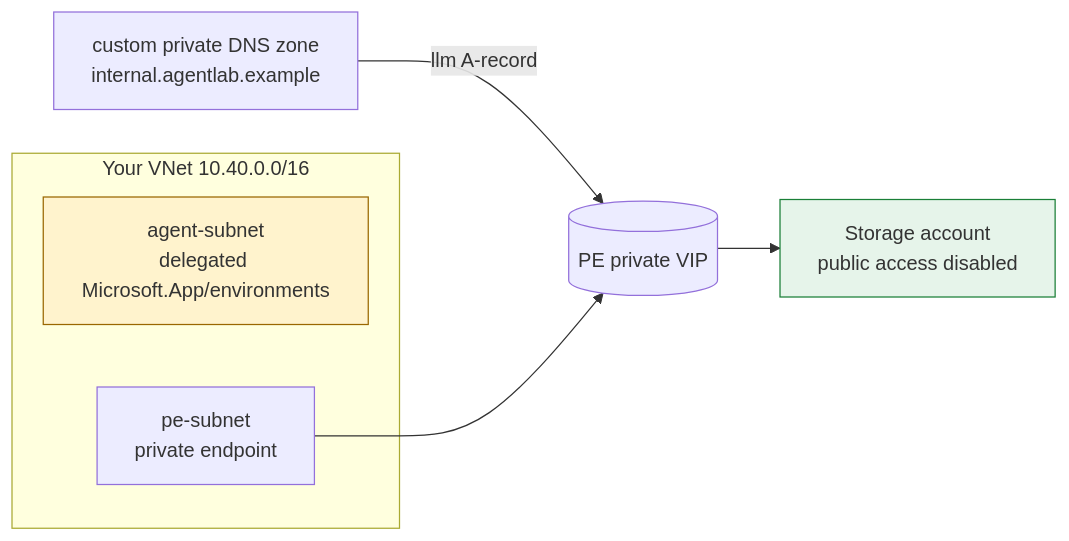
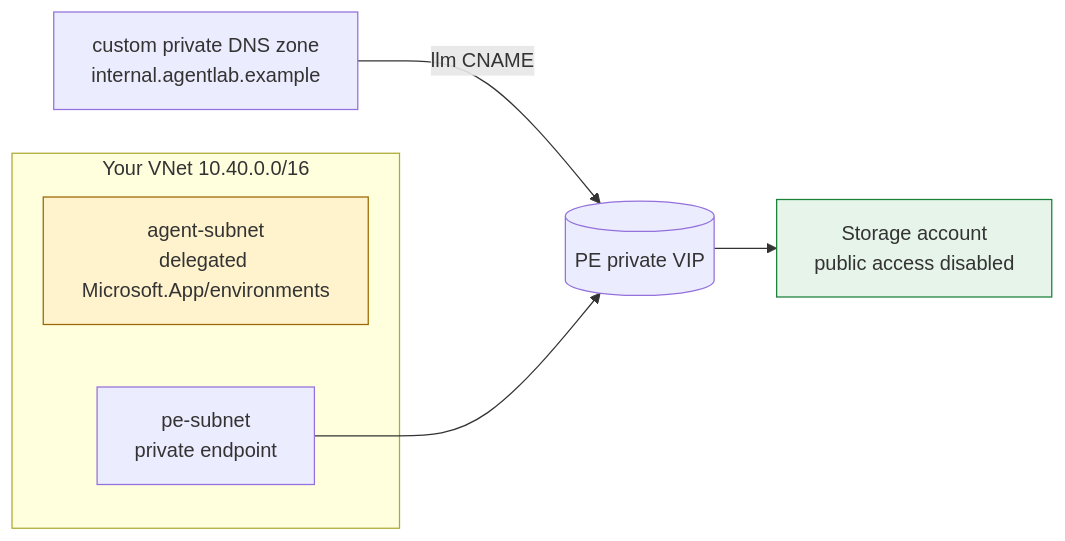
One commit to hyeonsangjeon/foundry-agent-network-diagnostic changed the diagram in docs/DEPLOYMENT.md. Above: the diagram before and after it, drawn with Mermaid. The commit also changed other lines of this file and 4 other files, not shown here.

First line of the commit message:
fix(deploy): resolve lab VIP from live PE NIC; CNAME custom FQDN

````diff
--- a/docs/DEPLOYMENT.md
+++ b/docs/DEPLOYMENT.md
@@ -29,12 +29,12 @@
 ```mermaid
 flowchart LR
     subgraph VNet[Your VNet 10.40.0.0/16]
       AS[agent-subnet<br/>delegated Microsoft.App/environments]
       PE[pe-subnet<br/>private endpoint]
     end
-    CZ[custom private DNS zone<br/>internal.agentlab.example] -->|llm A-record| PEIP[(PE private VIP)]
+    CZ[custom private DNS zone<br/>internal.agentlab.example] -->|llm CNAME| PEIP[(PE private VIP)]
     PE --> PEIP
     PEIP --> SA[Storage account<br/>public access disabled]
     style AS fill:#fff3cd,stroke:#9a6700
     style SA fill:#e6f4ea,stroke:#1a7f37
 ```
````
